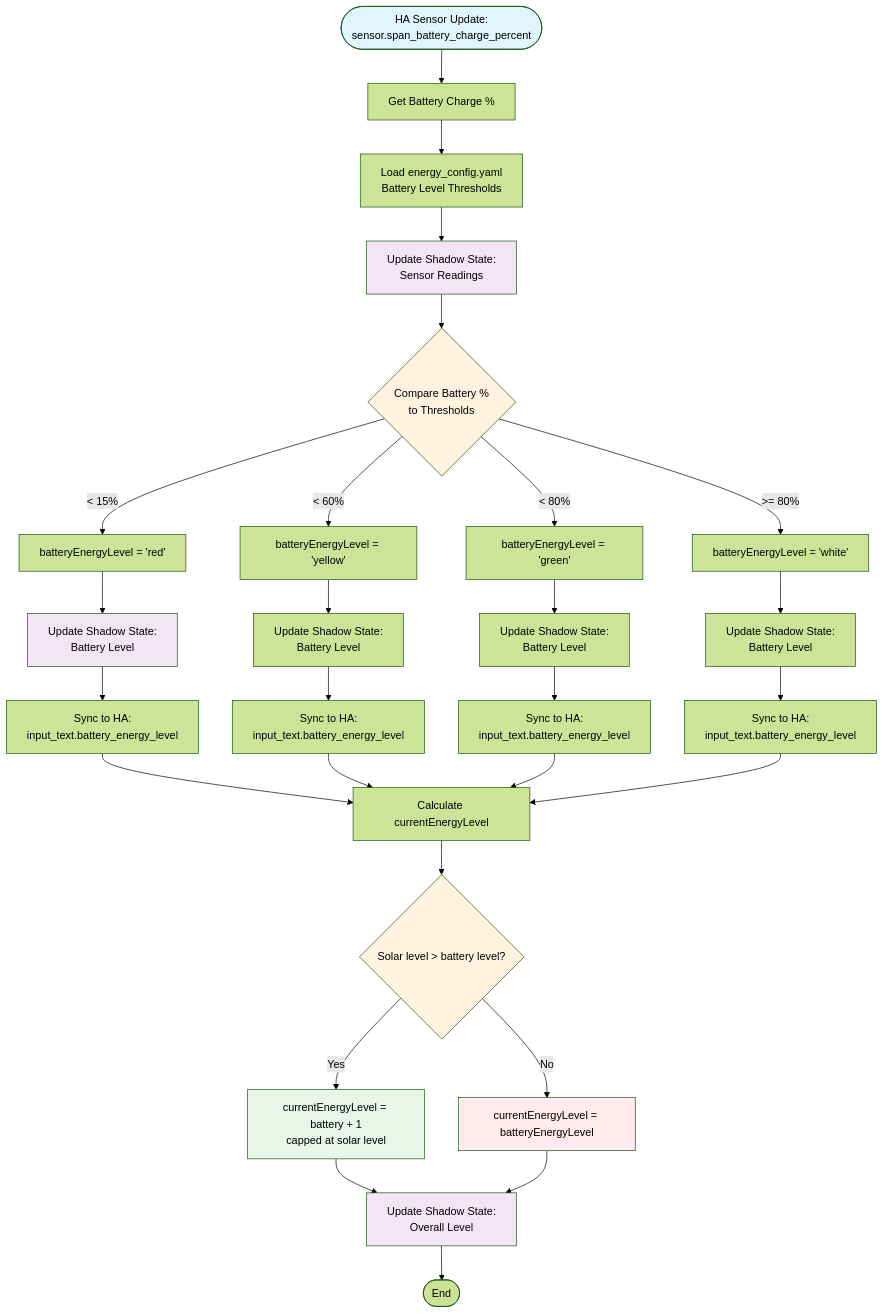
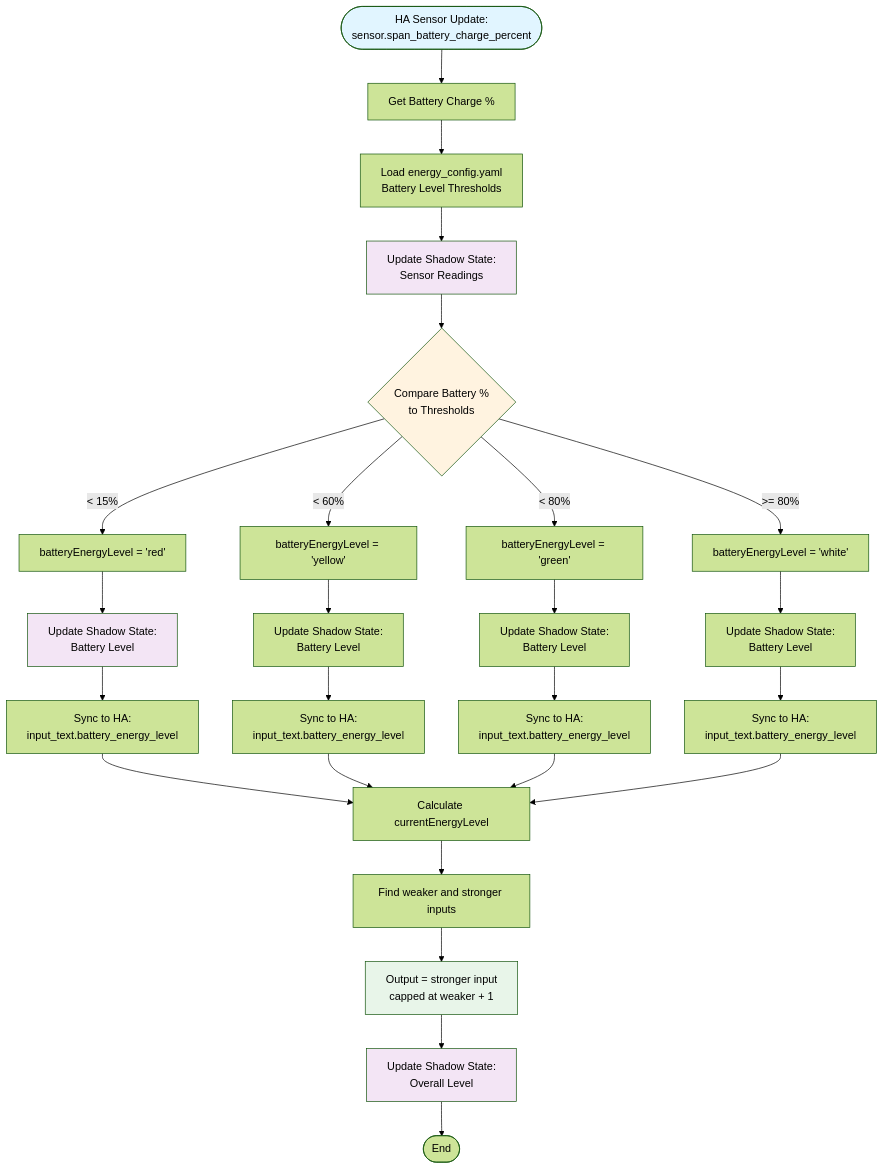
Diagram 13 of 14 in docs/human/VISUAL_ARCHITECTURE.md (NickBorgers/home-automation), drawn with Mermaid (forest theme) before and after one commit.

Commit message:
docs(energy): update VISUAL_ARCHITECTURE diagram for symmetric-cap algorithm
The currentEnergyLevel flowchart still described the old solar-is-boost-only
logic. Replace CompareSolar/BoostSolar/UseBattery nodes with the new
FindMinMax/Cap structure matching the implementation and ENERGY_MANAGEMENT.md.

````diff
--- a/docs/human/VISUAL_ARCHITECTURE.md
+++ b/docs/human/VISUAL_ARCHITECTURE.md
@@ -837,49 +837,45 @@
 ```mermaid
 flowchart TD
     Start([HA Sensor Update:<br/>sensor.span_battery_charge_percent]) --> GetBatteryPercent[Get Battery Charge %]
 
     GetBatteryPercent --> LoadConfig[Load energy_config.yaml<br/>Battery Level Thresholds]
 
     LoadConfig --> UpdateShadow1[Update Shadow State:<br/>Sensor Readings]
 
     UpdateShadow1 --> CheckLevels{Compare Battery %<br/>to Thresholds}
 
     CheckLevels -->|< 15%| SetRed[batteryEnergyLevel = 'red']
     CheckLevels -->|< 60%| SetYellow[batteryEnergyLevel = 'yellow']
     CheckLevels -->|< 80%| SetGreen[batteryEnergyLevel = 'green']
     CheckLevels -->|>= 80%| SetWhite[batteryEnergyLevel = 'white']
 
     SetRed --> UpdateBattery1[Update Shadow State:<br/>Battery Level]
     SetYellow --> UpdateBattery2[Update Shadow State:<br/>Battery Level]
     SetGreen --> UpdateBattery3[Update Shadow State:<br/>Battery Level]
     SetWhite --> UpdateBattery4[Update Shadow State:<br/>Battery Level]
 
     UpdateBattery1 --> SyncToHA1[Sync to HA:<br/>input_text.battery_energy_level]
     UpdateBattery2 --> SyncToHA2[Sync to HA:<br/>input_text.battery_energy_level]
     UpdateBattery3 --> SyncToHA3[Sync to HA:<br/>input_text.battery_energy_level]
     UpdateBattery4 --> SyncToHA4[Sync to HA:<br/>input_text.battery_energy_level]
 
     SyncToHA1 --> CalculateCurrent
     SyncToHA2 --> CalculateCurrent
     SyncToHA3 --> CalculateCurrent
     SyncToHA4 --> CalculateCurrent
 
-    CalculateCurrent[Calculate currentEnergyLevel] --> CompareSolar{Solar level > battery level?}
+    CalculateCurrent[Calculate currentEnergyLevel] --> FindMinMax[Find weaker and stronger inputs]
 
-    CompareSolar -->|Yes| BoostSolar[currentEnergyLevel = battery + 1<br/>capped at solar level]
-    CompareSolar -->|No| UseBattery[currentEnergyLevel = batteryEnergyLevel]
+    FindMinMax --> Cap[Output = stronger input<br/>capped at weaker + 1]
 
-    BoostSolar --> UpdateOverall[Update Shadow State:<br/>Overall Level]
-    UseBattery --> UpdateOverall
+    Cap --> UpdateOverall[Update Shadow State:<br/>Overall Level]
 
     UpdateOverall --> End([End])
 
     style Start fill:#e1f5ff
     style CheckLevels fill:#fff3e0
-    style CompareSolar fill:#fff3e0
-    style BoostSolar fill:#e8f5e9
-    style UseBattery fill:#ffebee
+    style Cap fill:#e8f5e9
     style UpdateShadow1 fill:#f3e5f5
     style UpdateBattery1 fill:#f3e5f5
     style UpdateOverall fill:#f3e5f5
 ```
````
